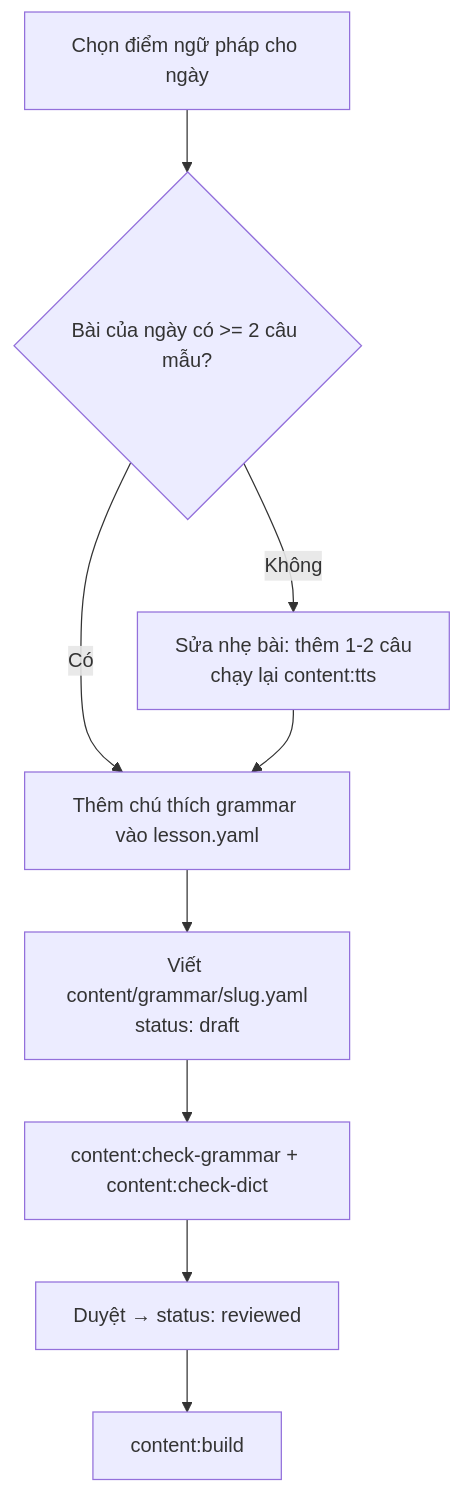
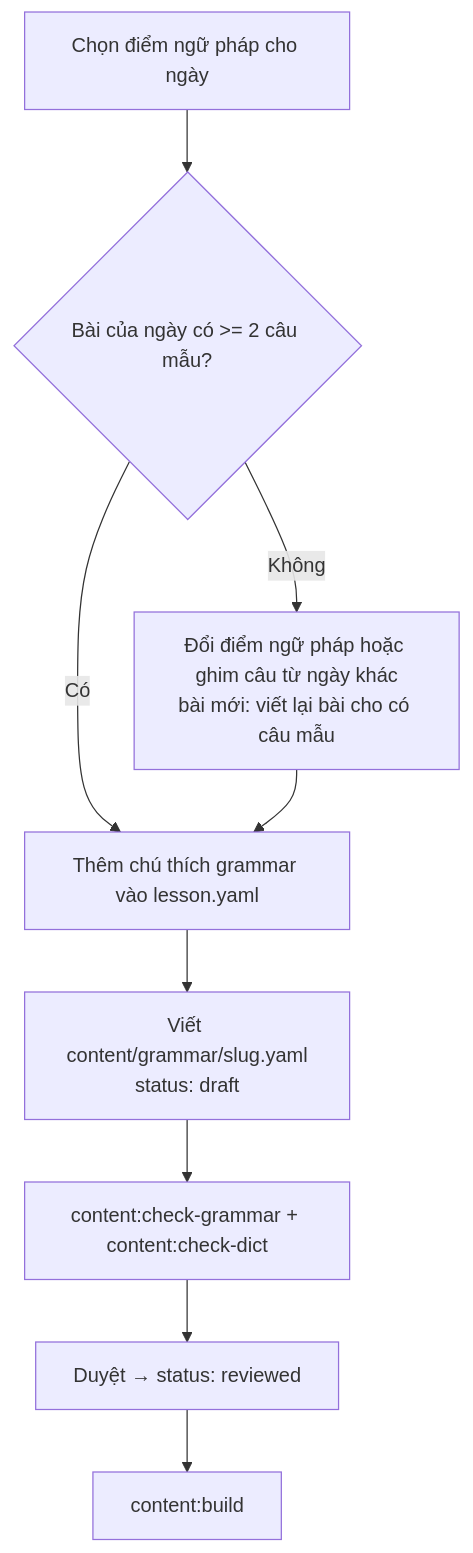
One commit to robinvh85/daily-learning changed the second of 2 diagrams in .claude/plans/grammar-plan.md. Above: the diagram before and after it, drawn with Mermaid. The commit also changed other lines of this file, not shown here.

````diff
--- a/.claude/plans/grammar-plan.md
+++ b/.claude/plans/grammar-plan.md
@@ -277,9 +305,9 @@
 ```mermaid
 flowchart TD
   A[Chọn điểm ngữ pháp cho ngày] --> B{Bài của ngày có >= 2 câu mẫu?}
   B -- Có --> C[Thêm chú thích grammar vào lesson.yaml]
-  B -- Không --> D[Sửa nhẹ bài: thêm 1-2 câu<br/>chạy lại content:tts] --> C
+  B -- Không --> D[Đổi điểm ngữ pháp hoặc ghim câu từ ngày khác<br/>bài mới: viết lại bài cho có câu mẫu] --> C
   C --> E[Viết content/grammar/slug.yaml<br/>status: draft]
   E --> F[content:check-grammar + content:check-dict]
   F --> G[Duyệt → status: reviewed] --> H[content:build]
 ```
````
